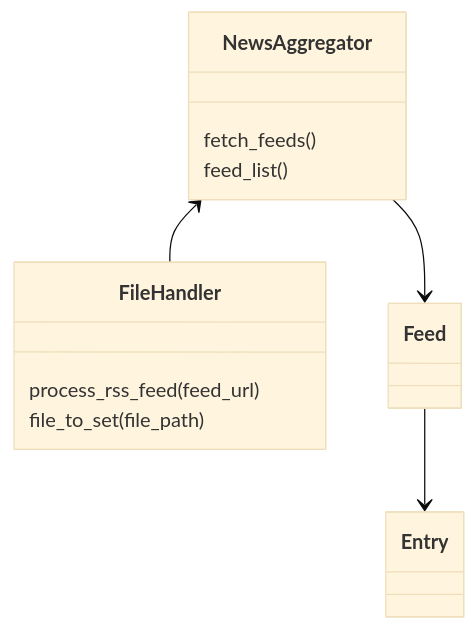
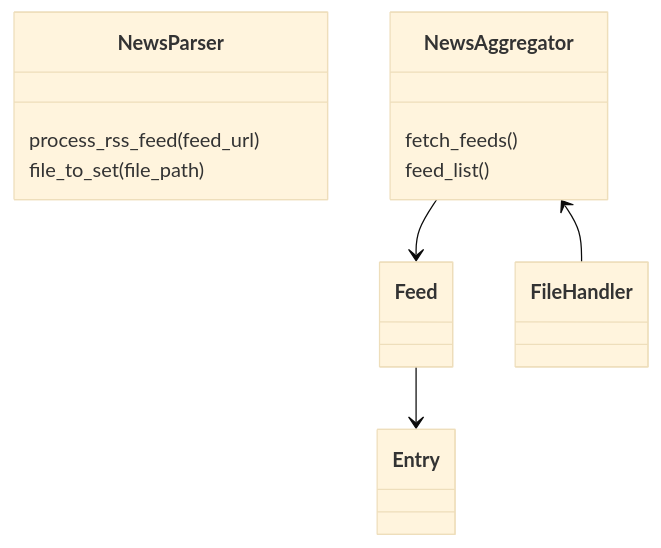
One commit to samuelgrootwassink/rt-event-tracker changed the second of 2 diagrams in README.md. Above: the diagram before and after it, drawn with Mermaid (base theme). The commit also changed other lines of this file and 2 other files, not shown here.

````diff
--- a/README.md
+++ b/README.md
@@ -145,24 +147,24 @@
 ```mermaid
 classDiagram
 
-class FileHandler{
+class NewsParser{
 	process_rss_feed(feed_url)
 	file_to_set(file_path)
 }
 
 class NewsAggregator{
 	fetch_feeds()
 	feed_list()
 }
 
 class Feed{
 	
 }
 
 class Entry
 
 NewsAggregator <-- FileHandler
 NewsAggregator --> Feed
 Feed --> Entry
 
 ```
````
